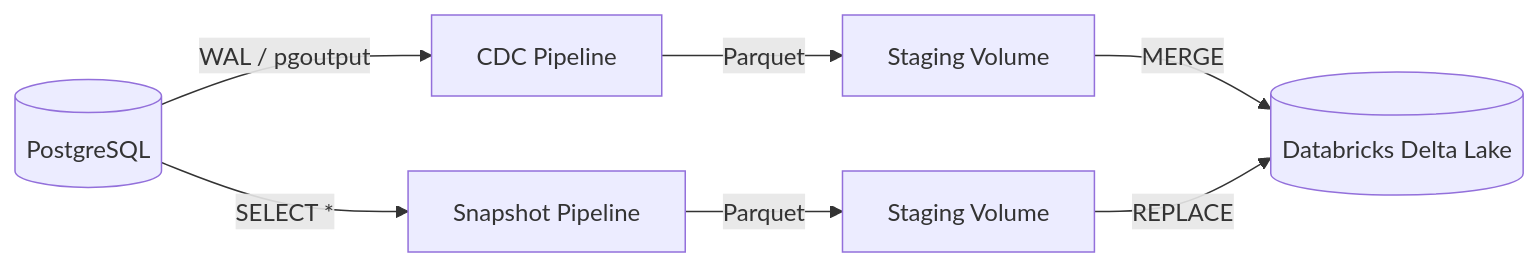
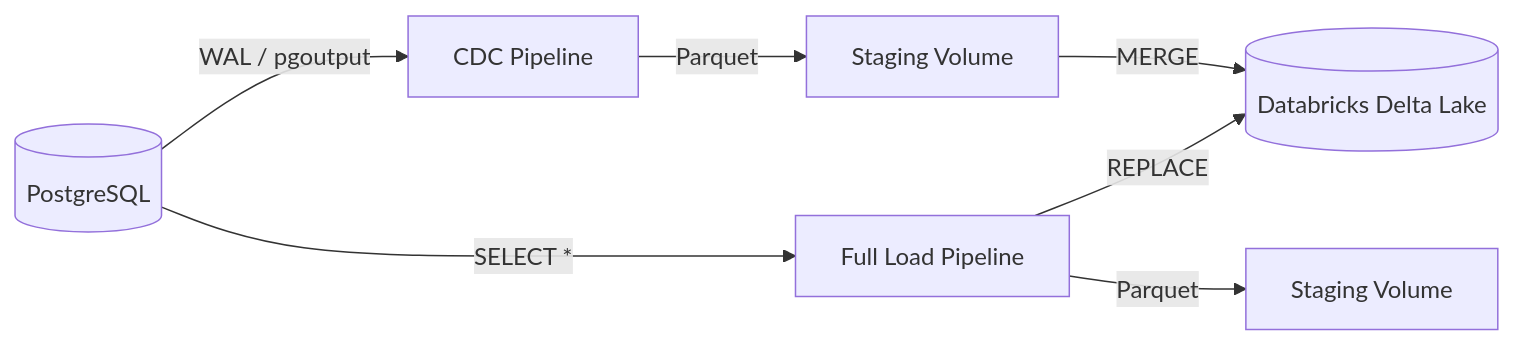
The diagram in README.md (victor-antoniassi/postgres-to-databricks-cdc), drawn with Mermaid before and after one commit. The commit also changed other lines of this file and 3 other files, not shown here.

First line of the commit message:
Refactor: Standardize 'full_load' terminology

````diff
--- a/README.md
+++ b/README.md
@@ -25,11 +25,11 @@
 ```mermaid
 graph LR
     PG[(PostgreSQL)] -->|WAL / pgoutput| CDC[CDC Pipeline]
-    PG -->|SELECT *| Snapshot[Snapshot Pipeline]
+    PG -->|SELECT *| FullLoad[Full Load Pipeline]
     
     CDC -->|Parquet| VolCDC[Staging Volume]
-    Snapshot -->|Parquet| VolSnap[Staging Volume]
+    FullLoad -->|Parquet| VolSnap[Staging Volume]
     
     VolCDC -->|MERGE| Delta[(Databricks Delta Lake)]
-    VolSnap -->|REPLACE| Delta
+    FullLoad -->|REPLACE| Delta
 ```
````
